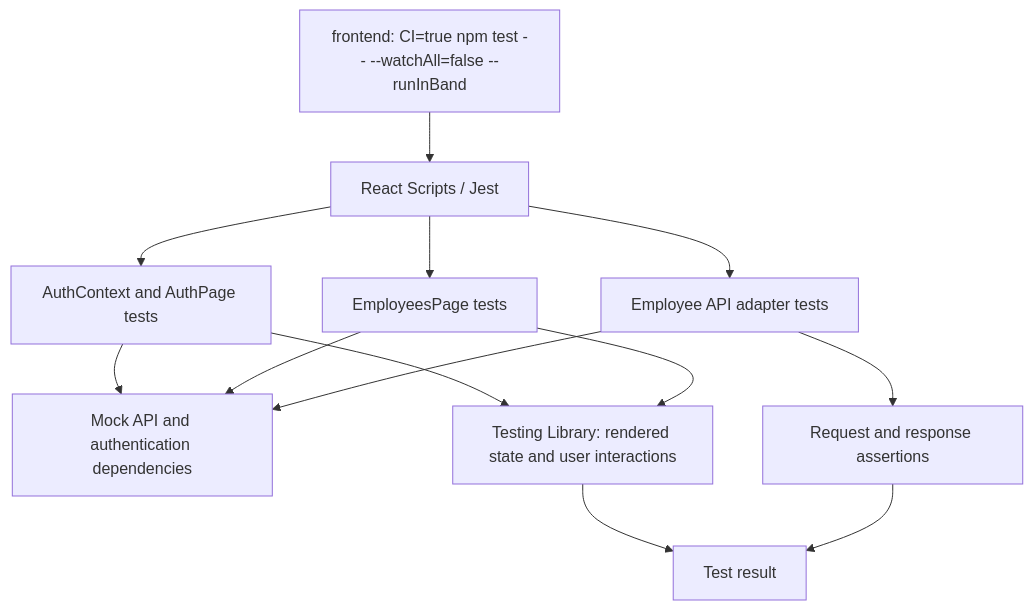
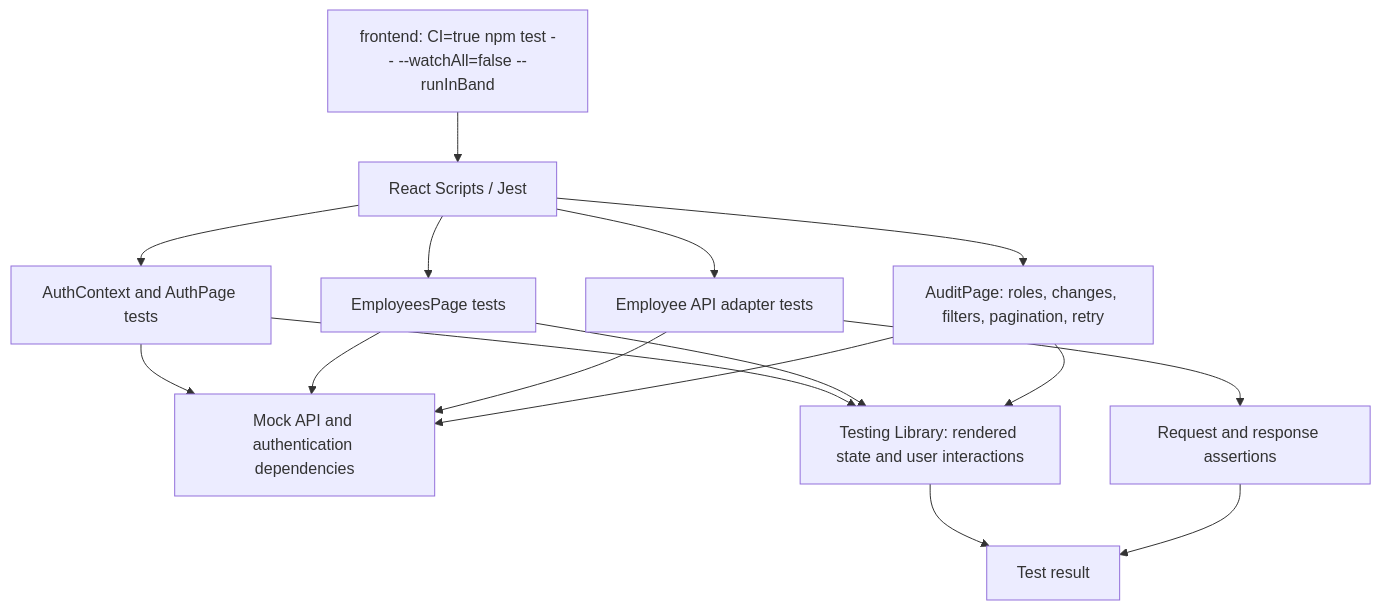
Diagram 34 of 52 in README.md (herve192-hub/WorkSphere), drawn with Mermaid before and after one commit. The commit also changed other lines of this file and 51 other files, not shown here.

````diff
--- a/README.md
+++ b/README.md
@@ -1489,15 +1609,18 @@
 ```mermaid
 flowchart TD
     Run["frontend: CI=true npm test -- --watchAll=false --runInBand"] --> Jest["React Scripts / Jest"]
     Jest --> Auth["AuthContext and AuthPage tests"]
     Jest --> Directory["EmployeesPage tests"]
     Jest --> Adapter["Employee API adapter tests"]
+    Jest --> Audit["AuditPage: roles, changes, filters, pagination, retry"]
     Auth --> Mocks["Mock API and authentication dependencies"]
     Directory --> Mocks
     Adapter --> Mocks
+    Audit --> Mocks
     Auth --> Assertions["Testing Library: rendered state and user interactions"]
     Directory --> Assertions
+    Audit --> Assertions
     Adapter --> Data["Request and response assertions"]
     Assertions --> Result["Test result"]
     Data --> Result
 ```
````
